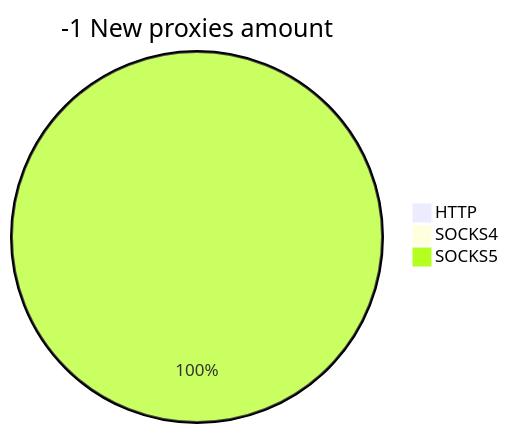
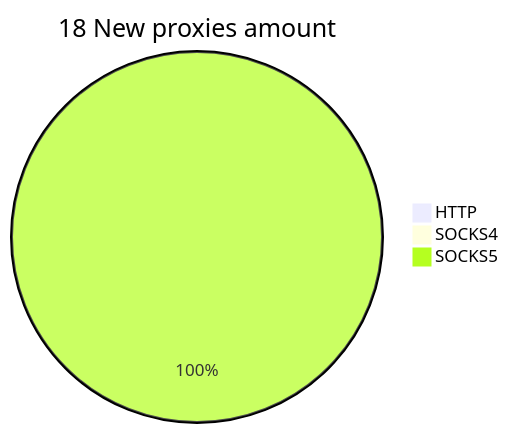
One commit to cutipu/proxylist changed the second of 2 diagrams in README.md. Above: the diagram before and after it, drawn with Mermaid. The commit also changed other lines of this file, not shown here.

````diff
--- a/README.md
+++ b/README.md
@@ -10,6 +10,6 @@
 ```mermaid
-pie title -1 New proxies amount
+pie title 18 New proxies amount
     "HTTP" : 0
     "SOCKS4" : 0
-    "SOCKS5" : 3
+    "SOCKS5" : 19
 ```
````
